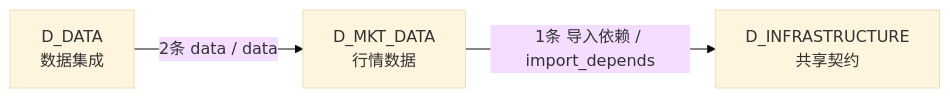
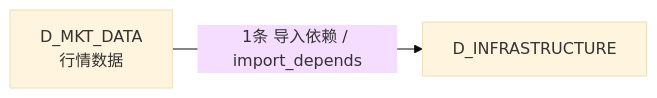
Before and after one commit to xuanFelixVan/ZephyrAlpha: the fourth of 4 diagrams in docs/02_enterprise_architecture/02_domain_architecture_docs/20_d_mkt_data.md, drawn with Mermaid (base theme). The commit also changed other lines of this file and 115 other files, not shown here.

````diff
--- a/docs/02_enterprise_architecture/02_domain_architecture_docs/20_d_mkt_data.md
+++ b/docs/02_enterprise_architecture/02_domain_architecture_docs/20_d_mkt_data.md
@@ -166,8 +158,6 @@
 ```mermaid
 graph LR
     D_MKT_DATA["D_MKT_DATA<br/>行情数据"]
-    D_INFRASTRUCTURE["D_INFRASTRUCTURE<br/>共享契约"]
-    D_DATA["D_DATA<br/>数据集成"]
+    D_INFRASTRUCTURE["D_INFRASTRUCTURE"]
     D_MKT_DATA -->|1条 导入依赖 / import_depends| D_INFRASTRUCTURE
-    D_DATA -->|2条 data / data| D_MKT_DATA
 ```
````
